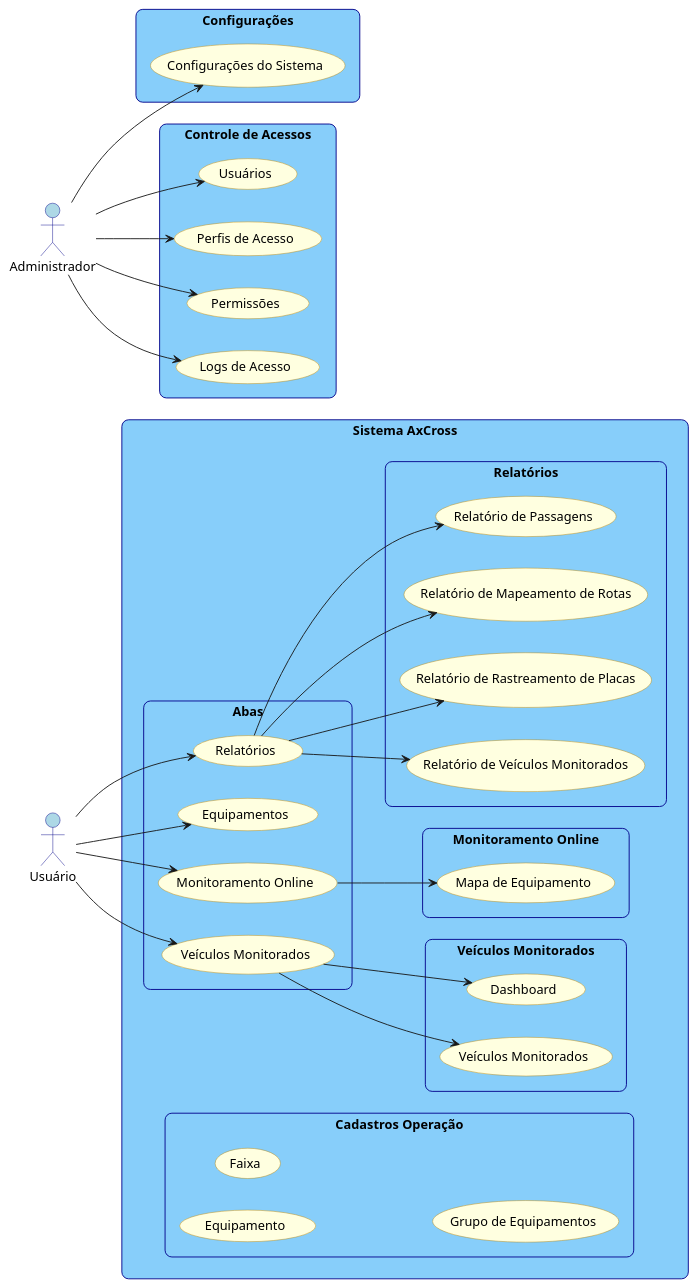
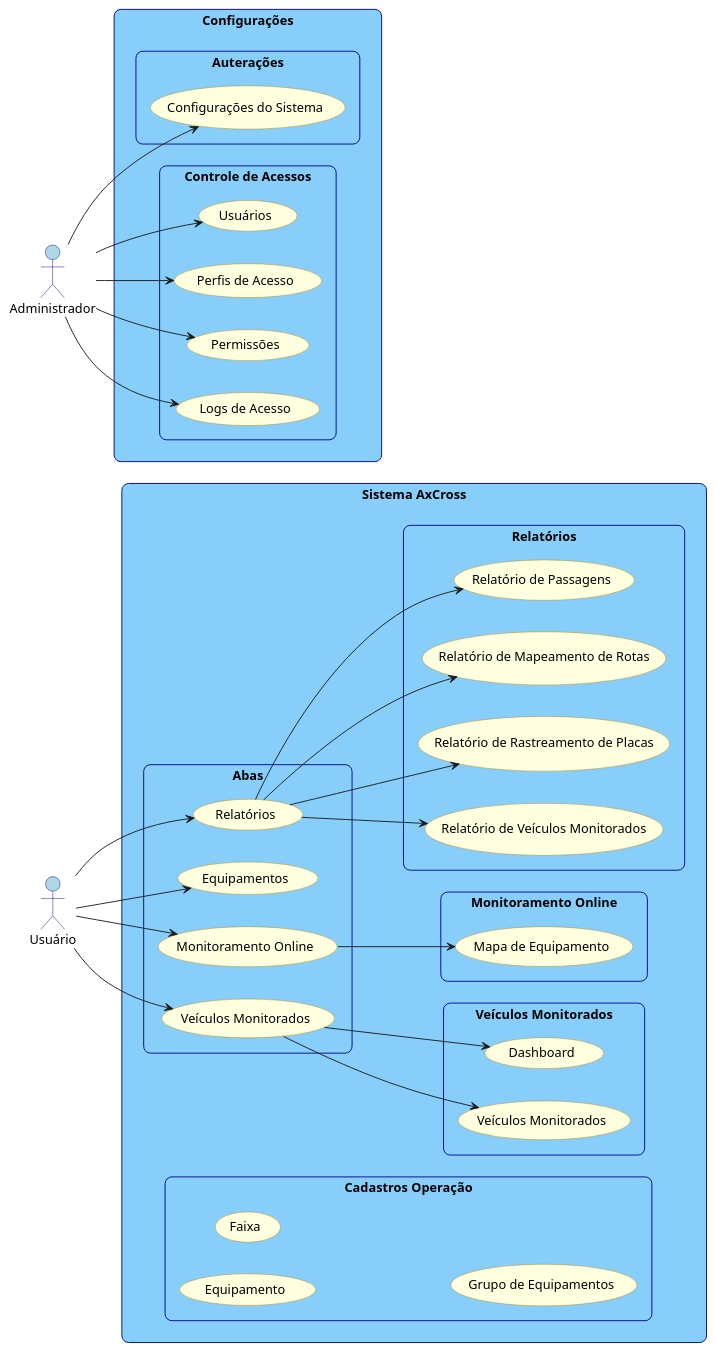
The diagram in Writerside/topics/Diagrama-de-caso-de-uso.md (Axion-Tecnologia/Documentacao_Atualizada), drawn with PlantUML before and after one commit. The commit also changed 4 other files, not shown here.

```diff
--- a/Writerside/topics/Diagrama-de-caso-de-uso.md
+++ b/Writerside/topics/Diagrama-de-caso-de-uso.md
@@ -3,77 +3,78 @@
 @startuml
 skinparam rectangle {
     BackgroundColor LightSkyBlue
     BorderColor DarkBlue
     RoundCorner 15
 }
 skinparam actor {
     BackgroundColor LightBlue
     BorderColor DarkBlue
 }
 skinparam usecase {
     BackgroundColor LightYellow
     BorderColor DarkGoldenRod
     RoundCorner 15
 }
 left to right direction
 
 actor Administrador as Admin
 actor Usuário as User
 
 rectangle "Sistema AxCross" {
 rectangle "Abas" {
 usecase "Veículos Monitorados" as Veiculos_Monitorados
 usecase "Equipamentos" as Equipamentos
 usecase "Monitoramento Online" as Monitoramento_Online
 usecase "Relatórios" as Relatorios
 }
 rectangle "Cadastros Operação" {
 usecase "Equipamento" as Cadastro_Equipamento
 usecase "Faixa" as Cadastro_Faixa
 usecase "Grupo de Equipamentos" as Cadastro_Grupo
 }
 rectangle "Veículos Monitorados" {
 usecase "Dashboard" as Dashboard_VM
 usecase "Veículos Monitorados" as Veiculos_Monitorados_VM
 }
 rectangle "Monitoramento Online" {
 usecase "Mapa de Equipamento" as Mapa_Equipamento
 }
 rectangle "Relatórios" {
 usecase "Relatório de Passagens" as Relatorio_Passagens
 usecase "Relatório de Mapeamento de Rotas" as Relatorio_Rotas
 usecase "Relatório de Rastreamento de Placas" as Relatorio_Placas
 usecase "Relatório de Veículos Monitorados" as Relatorio_Veiculos
 }
 
 User --> Veiculos_Monitorados
 User --> Equipamentos
 User --> Monitoramento_Online
 User --> Relatorios
 Veiculos_Monitorados --> Dashboard_VM
 Veiculos_Monitorados --> Veiculos_Monitorados_VM
 Monitoramento_Online --> Mapa_Equipamento
 Relatorios --> Relatorio_Passagens
 Relatorios --> Relatorio_Rotas
 Relatorios --> Relatorio_Placas
 Relatorios --> Relatorio_Veiculos
 }
 
-
-rectangle "Configurações" {
+rectangle "Configurações"{
+rectangle "Auterações" {
 usecase "Configurações do Sistema" as Configuracoes_Sistema
 }
 rectangle "Controle de Acessos" {
 usecase "Usuários" as Usuarios
 usecase "Perfis de Acesso" as Perfis_Acesso
 usecase "Permissões" as Permissoes
 usecase "Logs de Acesso" as Logs_Acesso
 }
 Admin --> Configuracoes_Sistema
 Admin --> Usuarios
 Admin --> Perfis_Acesso
 Admin --> Permissoes
 Admin --> Logs_Acesso
 }
 
+
 @enduml
```
